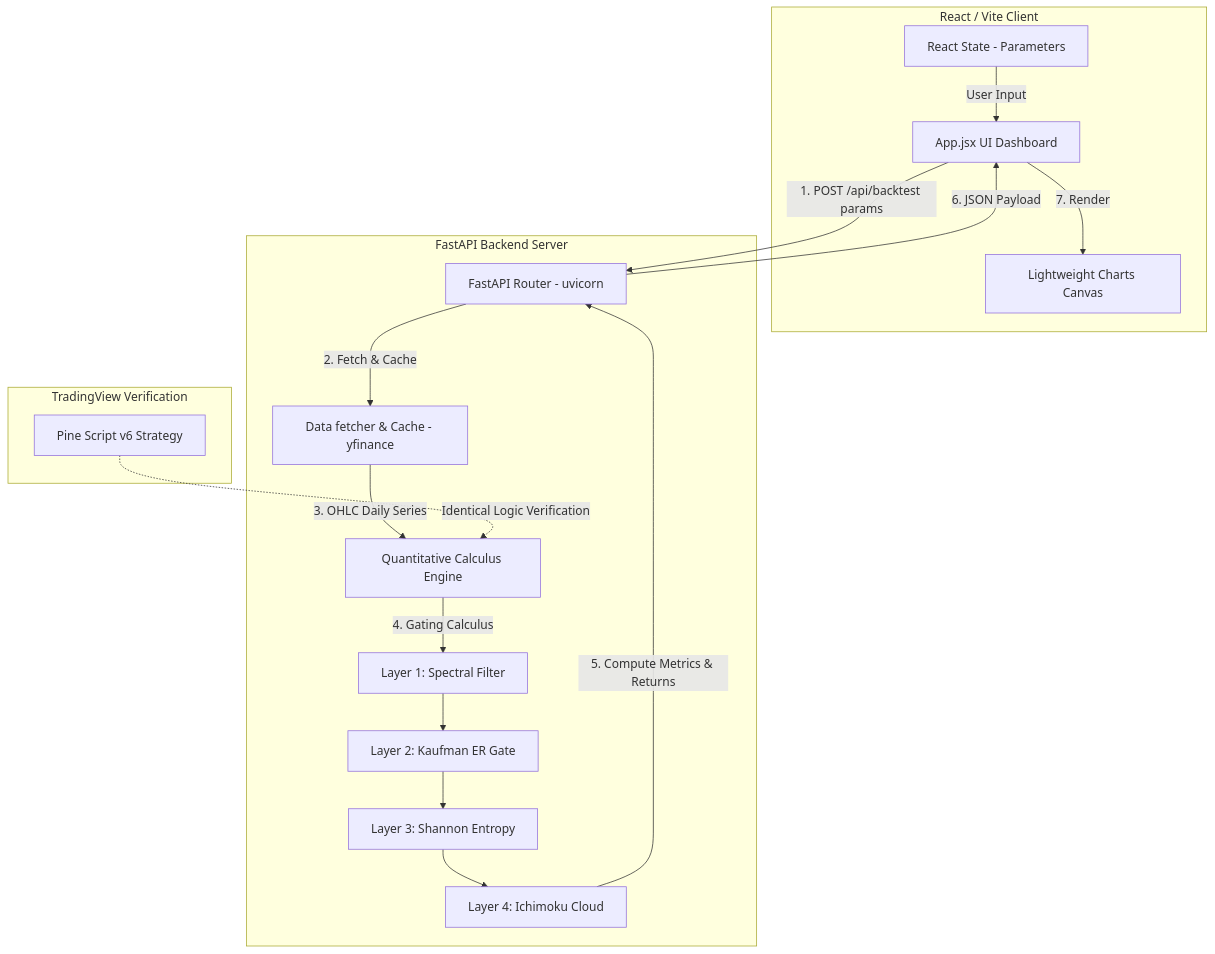
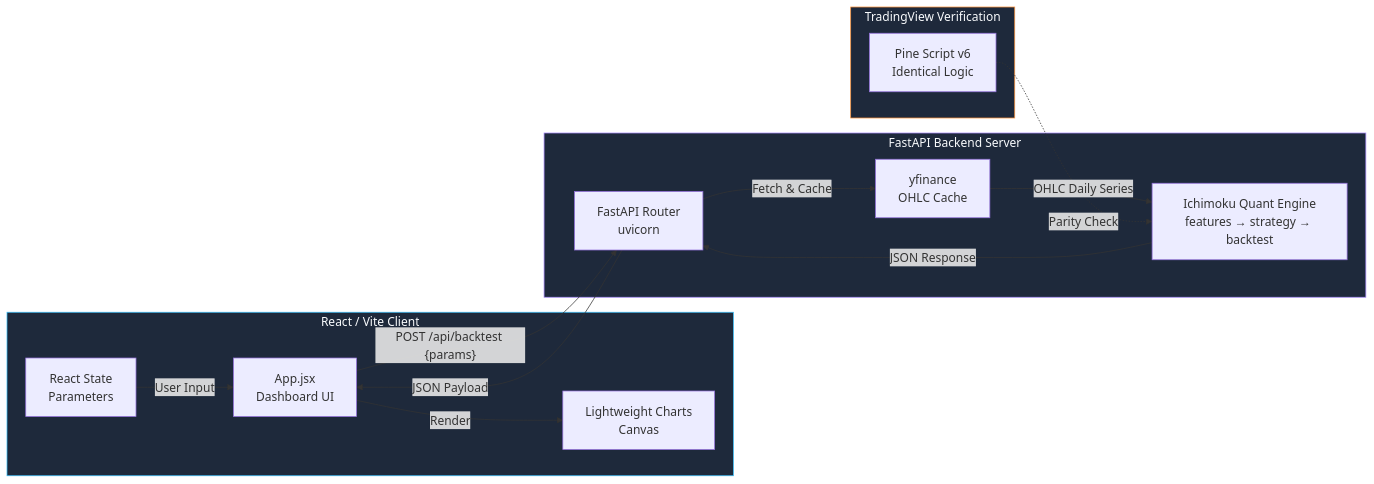
Before and after one commit to lutfi-zain/quant-lttd-ichimoku: the second of 2 diagrams in README.md, drawn with Mermaid. The commit also changed other lines of this file, not shown here.

First line of the commit message:
docs: enhance README with quant-research rigor, 2018+ metrics, mermaid diagrams

````diff
--- a/README.md
+++ b/README.md
@@ -68,36 +174,31 @@
 ```mermaid
-graph TD
-    subgraph Frontend [React / Vite Client]
-        UI[App.jsx UI Dashboard]
-        LWC[Lightweight Charts Canvas]
-        State[React State - Parameters]
+flowchart LR
+    subgraph Frontend["React / Vite Client"]
+        UI["App.jsx<br/>Dashboard UI"]
+        LWC["Lightweight Charts<br/>Canvas"]
+        State["React State<br/>Parameters"]
     end
 
-    subgraph Backend [FastAPI Backend Server]
-        API[FastAPI Router - uvicorn]
-        DataProc[Data fetcher & Cache - yfinance]
-        CalcEngine[Quantitative Calculus Engine]
-        Gate1[Layer 1: Spectral Filter]
-        Gate2[Layer 2: Kaufman ER Gate]
-        Gate3[Layer 3: Shannon Entropy]
-        Gate4[Layer 4: Ichimoku Cloud]
+    subgraph Backend["FastAPI Backend Server"]
+        API["FastAPI Router<br/>uvicorn"]
+        DataProc["yfinance<br/>OHLC Cache"]
+        CalcEngine["Ichimoku Quant Engine<br/>features → strategy → backtest"]
     end
 
-    subgraph External [TradingView Verification]
-        TV[Pine Script v6 Strategy]
+    subgraph External["TradingView Verification"]
+        TV["Pine Script v6<br/>Identical Logic"]
     end
 
-    UI -->|1. POST /api/backtest params| API
-    API -->|2. Fetch & Cache| DataProc
-    DataProc -->|3. OHLC Daily Series| CalcEngine
-    CalcEngine -->|4. Gating Calculus| Gate1
-    Gate1 --> Gate2
-    Gate2 --> Gate3
-    Gate3 --> Gate4
-    Gate4 -->|5. Compute Metrics & Returns| API
-    API -->|6. JSON Payload| UI
-    UI -->|7. Render| LWC
-    State -->|User Input| UI
+    State -->|"User Input"| UI
+    UI -->|"POST /api/backtest {params}"| API
+    API -->|"Fetch & Cache"| DataProc
+    DataProc -->|"OHLC Daily Series"| CalcEngine
+    CalcEngine -->|"JSON Response"| API
+    API -->|"JSON Payload"| UI
+    UI -->|"Render"| LWC
+    TV -.->|"Parity Check"| CalcEngine
 
-    TV -.->|Identical Logic Verification| CalcEngine
+    style Frontend fill:#1e293b,stroke:#38bdf8,color:#f8fafc
+    style Backend fill:#1e293b,stroke:#a78bfa,color:#f8fafc
+    style External fill:#1e293b,stroke:#fb923c,color:#f8fafc
 ```
````
